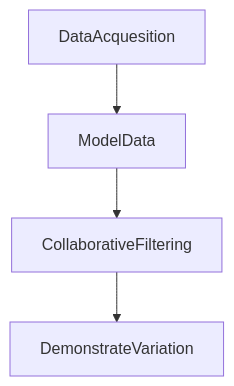
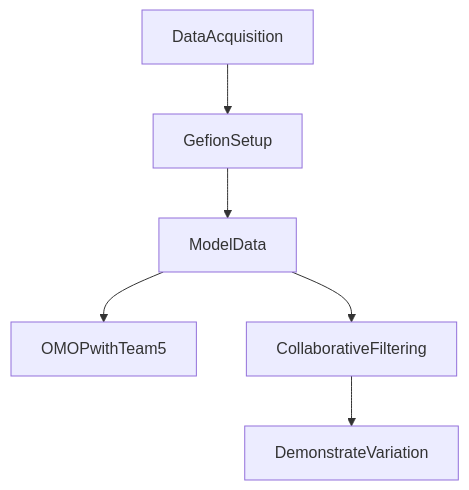
The diagram in flowchart.md (collaborativebioinformatics/F3CF), drawn with Mermaid before and after one commit.

````diff
--- a/flowchart.md
+++ b/flowchart.md
@@ -1,6 +1,8 @@
 ```mermaid
 graph TD;
-    DataAcquesition-->ModelData;
+    DataAcquisition-->GefionSetup;
+    GefionSetup-->ModelData;
+    ModelData-->OMOPwithTeam5;
     ModelData-->CollaborativeFiltering;
     CollaborativeFiltering-->DemonstrateVariation;
 ```
````
